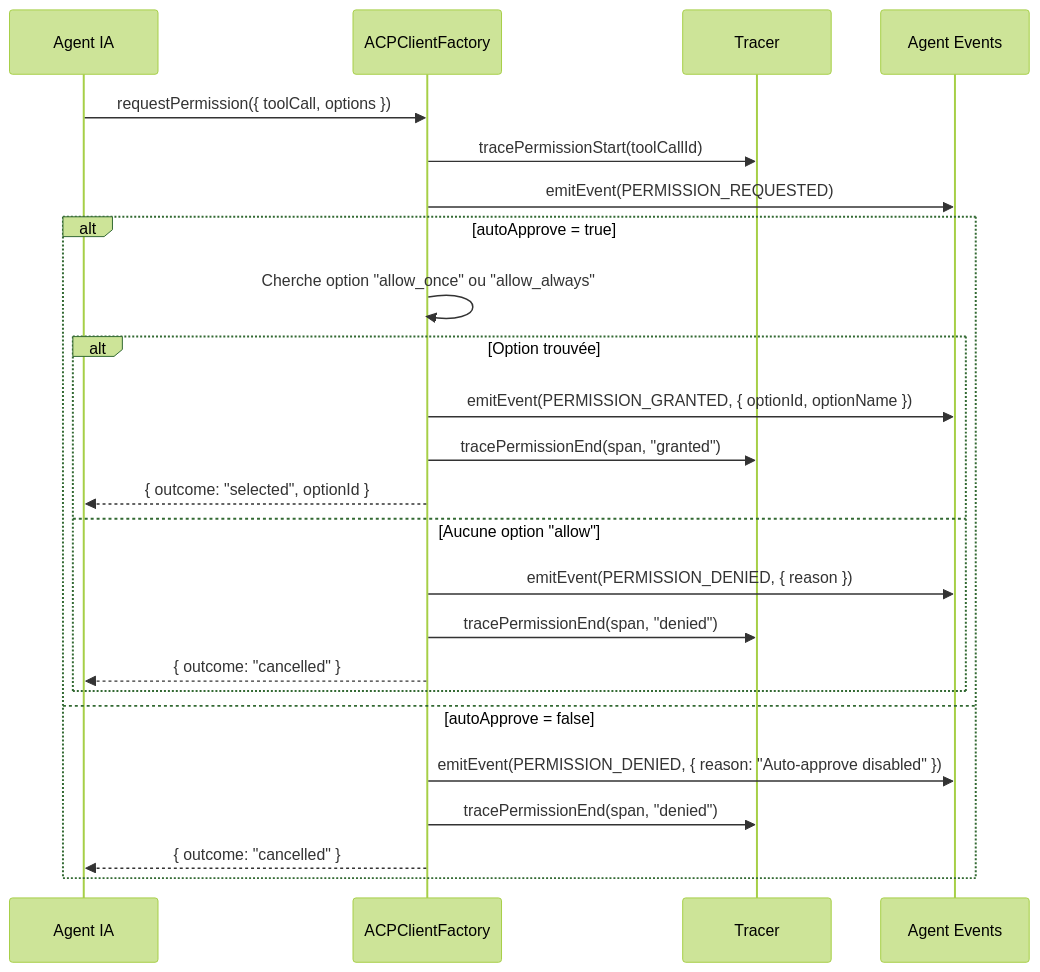
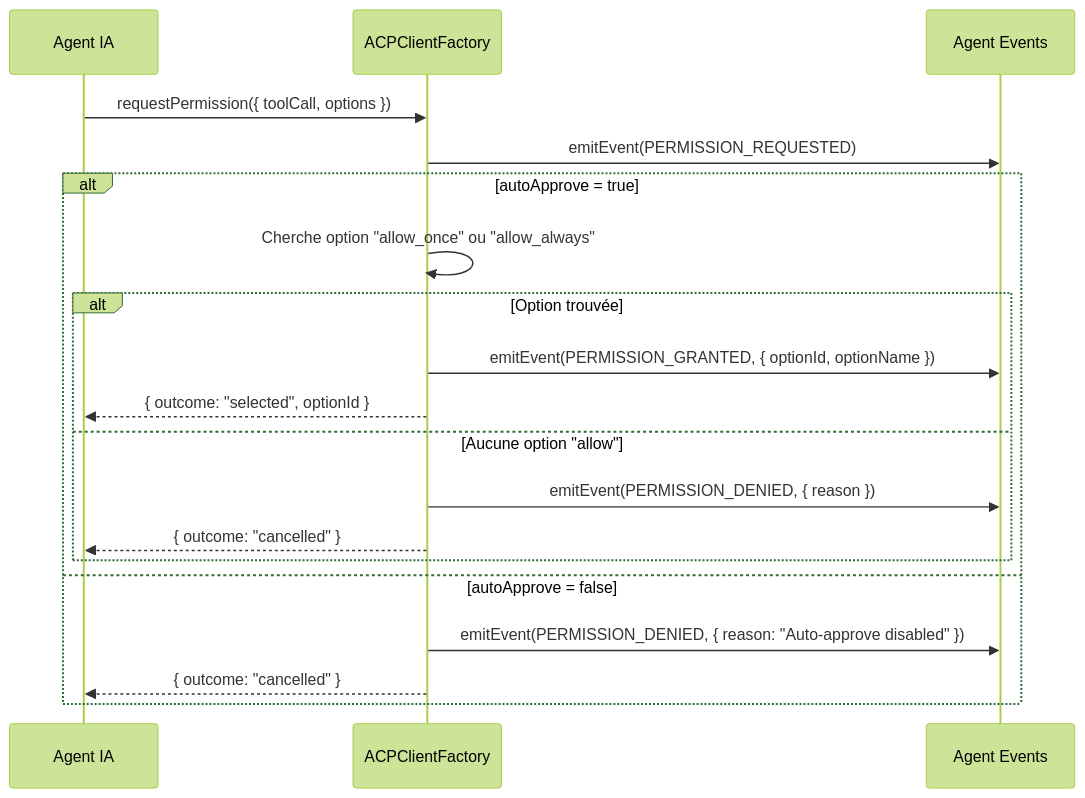
The third of 10 diagrams in docs/components/acp-client-factory.md (atinseau/stark), drawn with Mermaid (forest theme) before and after one commit. The commit also changed other lines of this file and 13 other files, not shown here.

````diff
--- a/docs/components/acp-client-factory.md
+++ b/docs/components/acp-client-factory.md
@@ -170,31 +151,26 @@
 ```mermaid
 sequenceDiagram
     participant ACP as Agent IA
     participant ACF as ACPClientFactory
-    participant T as Tracer
     participant A as Agent Events
 
     ACP->>ACF: requestPermission({ toolCall, options })
 
-    ACF->>T: tracePermissionStart(toolCallId)
     ACF->>A: emitEvent(PERMISSION_REQUESTED)
 
     alt autoApprove = true
         ACF->>ACF: Cherche option "allow_once" ou "allow_always"
 
         alt Option trouvée
             ACF->>A: emitEvent(PERMISSION_GRANTED, { optionId, optionName })
-            ACF->>T: tracePermissionEnd(span, "granted")
             ACF-->>ACP: { outcome: "selected", optionId }
         else Aucune option "allow"
             ACF->>A: emitEvent(PERMISSION_DENIED, { reason })
-            ACF->>T: tracePermissionEnd(span, "denied")
             ACF-->>ACP: { outcome: "cancelled" }
         end
 
     else autoApprove = false
         ACF->>A: emitEvent(PERMISSION_DENIED, { reason: "Auto-approve disabled" })
-        ACF->>T: tracePermissionEnd(span, "denied")
         ACF-->>ACP: { outcome: "cancelled" }
     end
 ```
````
